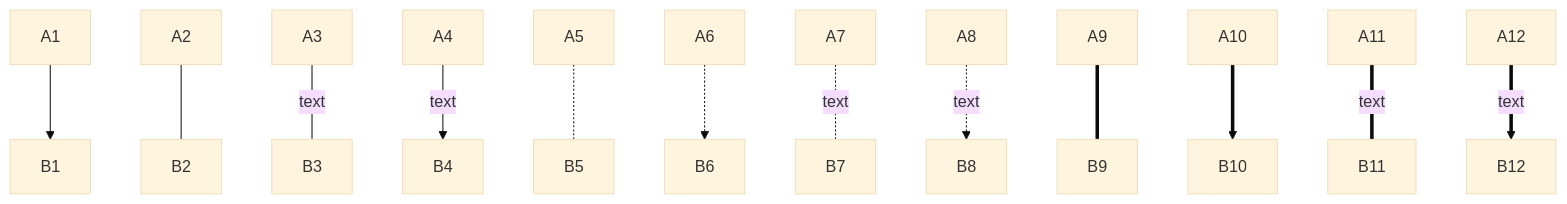
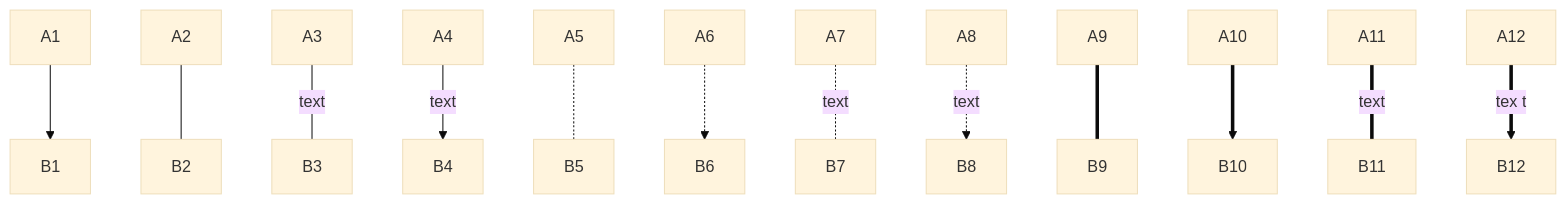
One commit to 8629303/java-tutorial changed the third of 14 diagrams in Markdown.md. Above: the diagram before and after it, drawn with Mermaid (base theme). The commit also changed other lines of this file and 4 other files, not shown here.

Commit message:
add maven 实战 update markdown, 新增markdown 画图工具

````diff
--- a/Markdown.md
+++ b/Markdown.md
@@ -119,15 +127,15 @@
 ```mermaid
 graph TB
-  A1-->B1
-  A2---B2
-  A3--text---B3
-  A4--text-->B4
-  A5-.-B5
-  A6-.->B6
-  A7-.text.-B7
-  A8-.text.->B8
-  A9===B9
-  A10==>B10
-  A11==text===B11
-  A12==text==>B12
+  A1 --> B1
+  A2 --- B2
+  A3 -- text --- B3
+  A4 -- text --> B4
+  A5 -.- B5
+  A6 -.-> B6
+  A7 -.text.- B7
+  A8 -.text.-> B8
+  A9 === B9
+  A10 ==> B10
+  A11 == text === B11
+  A12 == tex t==> B12
 ```
````
